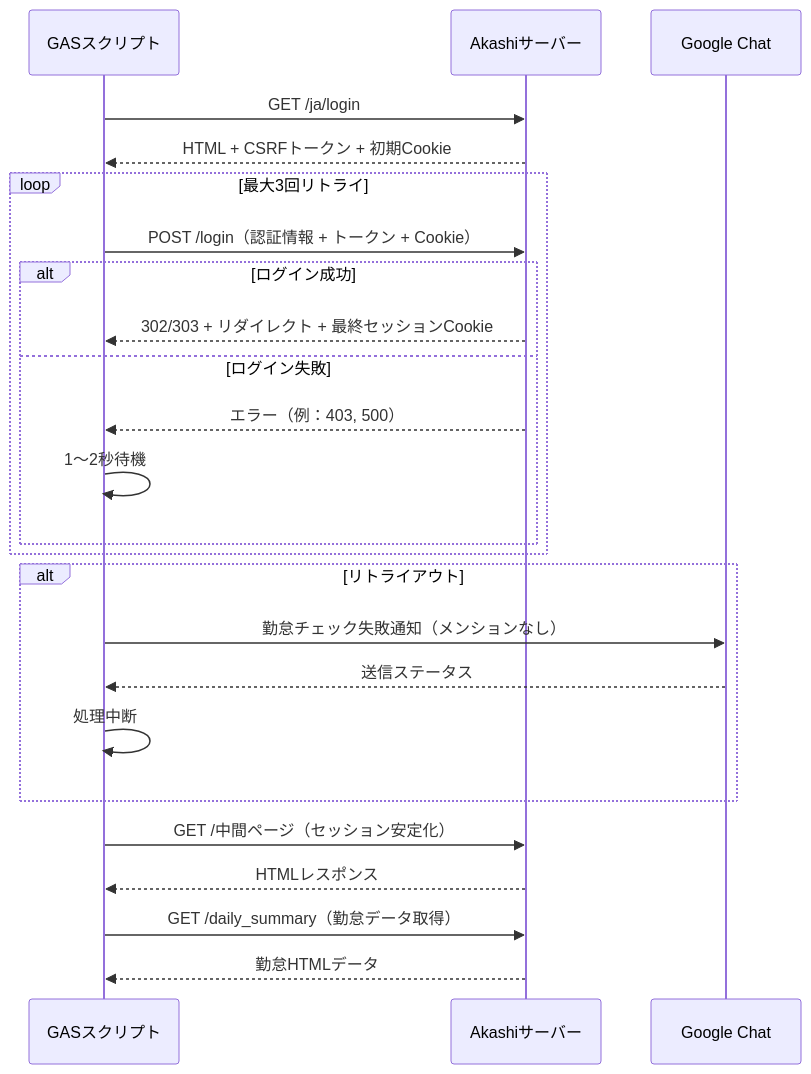
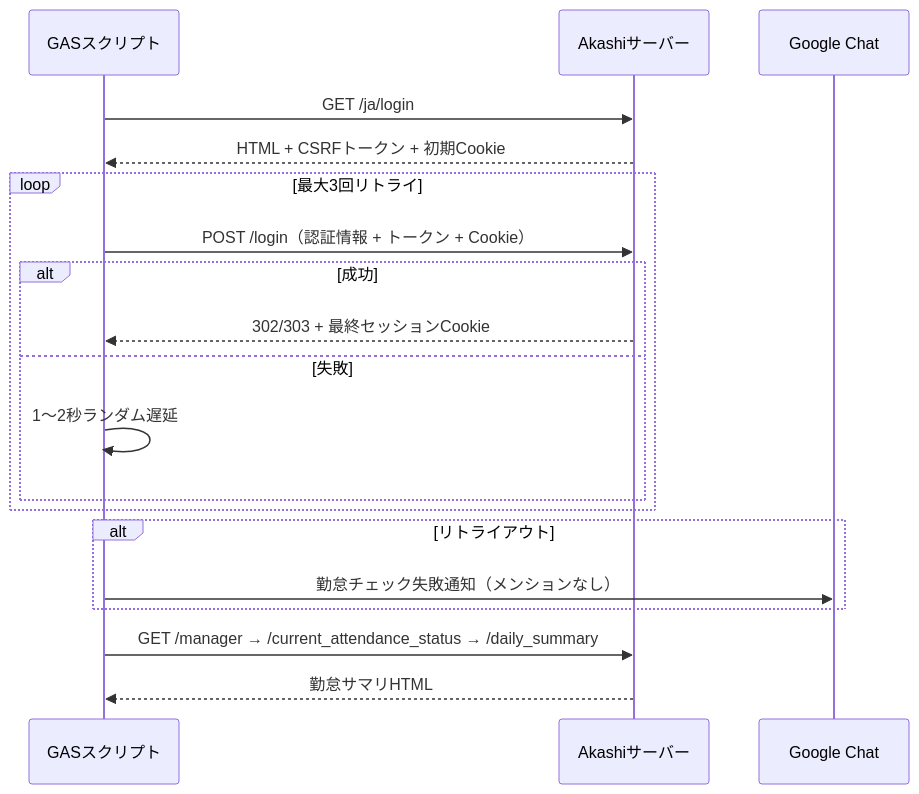
The first of 3 diagrams in docs/Akashi打刻チェック_基本設計書.md (takeshiyoshida76-cell/takeshiyoshida76), drawn with Mermaid before and after one commit. The commit also changed other lines of this file, not shown here.

````diff
--- a/docs/Akashi打刻チェック_基本設計書.md
+++ b/docs/Akashi打刻チェック_基本設計書.md
@@ -41,31 +52,25 @@
 ```mermaid
 sequenceDiagram
     participant GAS as GASスクリプト
     participant Akashi as Akashiサーバー
     participant Chat as Google Chat
 
     GAS->>Akashi: GET /ja/login
     Akashi-->>GAS: HTML + CSRFトークン + 初期Cookie
 
     loop 最大3回リトライ
         GAS->>Akashi: POST /login（認証情報 + トークン + Cookie）
-        alt ログイン成功
-            Akashi-->>GAS: 302/303 + リダイレクト + 最終セッションCookie
-        else ログイン失敗
-            Akashi-->>GAS: エラー（例：403, 500）
-            GAS->>GAS: 1～2秒待機
+        alt 成功
+            Akashi-->>GAS: 302/303 + 最終セッションCookie
+        else 失敗
+            GAS->>GAS: 1〜2秒ランダム遅延
         end
     end
 
     alt リトライアウト
         GAS->>Chat: 勤怠チェック失敗通知（メンションなし）
-        Chat-->>GAS: 送信ステータス
-        GAS->>GAS: 処理中断
     end
 
-    GAS->>Akashi: GET /中間ページ（セッション安定化）
-    Akashi-->>GAS: HTMLレスポンス
-
-    GAS->>Akashi: GET /daily_summary（勤怠データ取得）
-    Akashi-->>GAS: 勤怠HTMLデータ
+    GAS->>Akashi: GET /manager → /current_attendance_status → /daily_summary
+    Akashi-->>GAS: 勤怠サマリHTML
 ```
````
